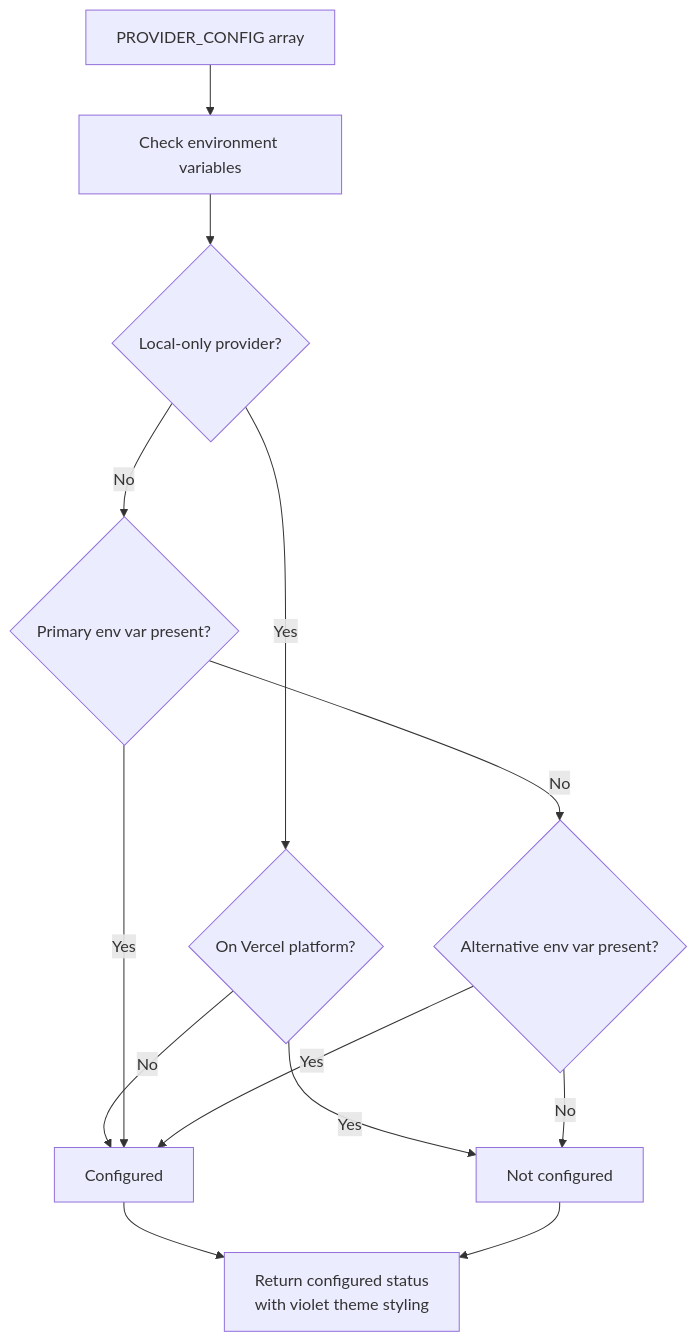
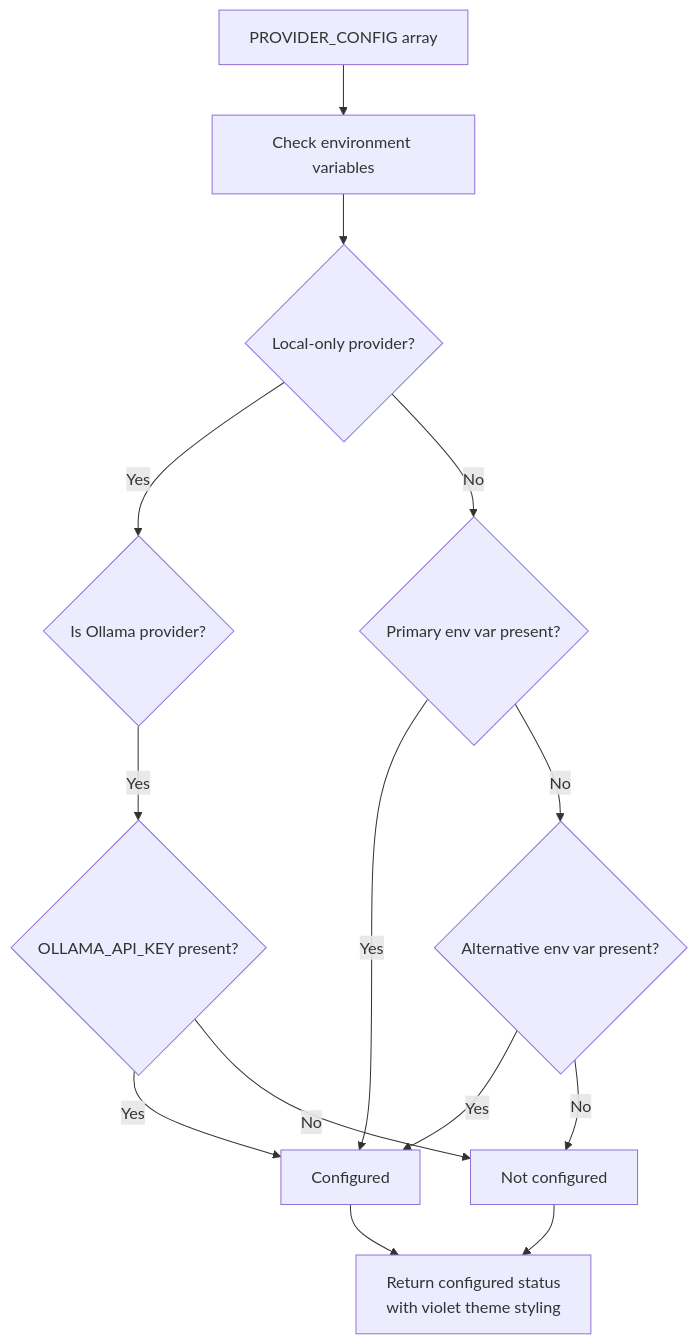
Before and after one commit to shekhargiri005-dotcom/AI-powered-accessibility-first-UI-engine: the fourth of 12 diagrams in .qoder/repowiki/en/content/AI Generation Engine/Model Configuration & Selection/Model Configuration & Selection.md, drawn with Mermaid. The commit also changed other lines of this file and 9 other files, not shown here.

````diff
--- a/.qoder/repowiki/en/content/AI Generation Engine/Model Configuration & Selection/Model Configuration & Selection.md
+++ b/.qoder/repowiki/en/content/AI Generation Engine/Model Configuration & Selection/Model Configuration & Selection.md
@@ -267,15 +273,16 @@
 ```mermaid
 flowchart TD
 ProviderConfig["PROVIDER_CONFIG array"] --> CheckEnv["Check environment variables"]
 CheckEnv --> LocalOnly{"Local-only provider?"}
-LocalOnly --> |Yes| VercelCheck{"On Vercel platform?"}
-VercelCheck --> |Yes| NotConfigured["Not configured"]
-VercelCheck --> |No| Configured["Configured"]
+LocalOnly --> |Yes| OllamaCheck{"Is Ollama provider?"}
+OllamaCheck --> |Yes| OllamaKeyCheck{"OLLAMA_API_KEY present?"}
+OllamaKeyCheck --> |Yes| Configured["Configured"]
+OllamaKeyCheck --> |No| NotConfigured["Not configured"]
 LocalOnly --> |No| PrimaryCheck{"Primary env var present?"}
 PrimaryCheck --> |Yes| Configured
 PrimaryCheck --> |No| AltCheck{"Alternative env var present?"}
 AltCheck --> |Yes| Configured
 AltCheck --> |No| NotConfigured
 Configured --> ReturnStatus["Return configured status<br/>with violet theme styling"]
 NotConfigured --> ReturnStatus
 ```
````
